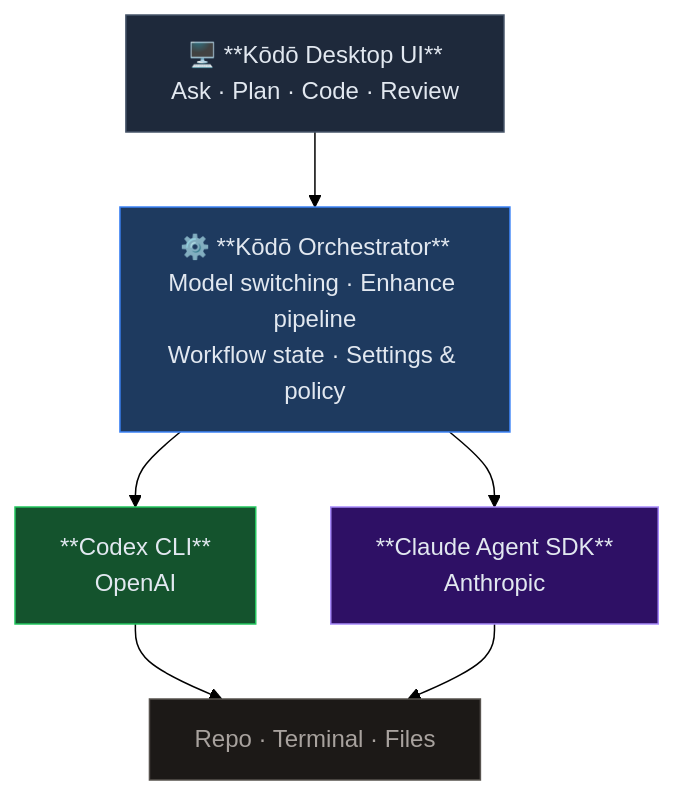
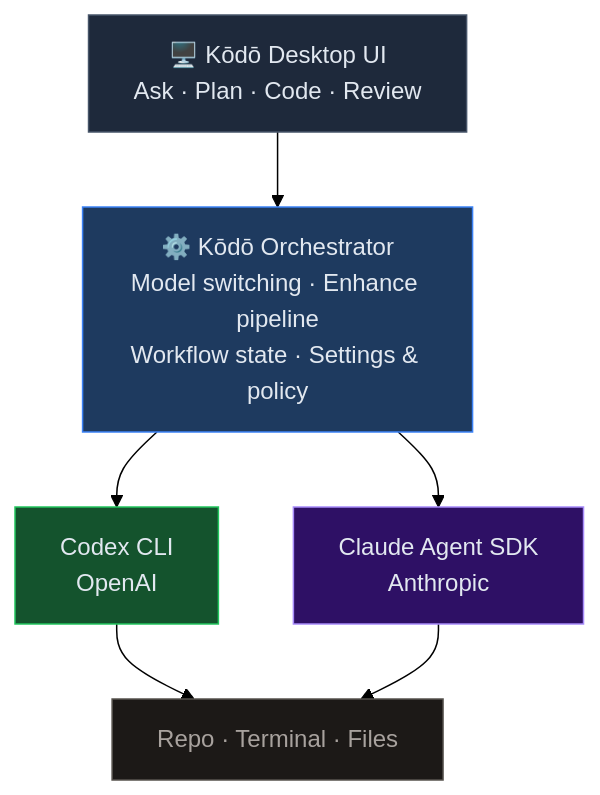
One commit to boggedbrush/KodoCode changed the second of 3 diagrams in README.md. Above: the diagram before and after it, drawn with Mermaid (forest theme).

Commit message:
fix(docs): improve formatting in README flowchart for clarity

````diff
--- a/README.md
+++ b/README.md
@@ -165,20 +165,20 @@
 ```mermaid
 flowchart TD
-    UI["🖥️ **Kōdō Desktop UI**\nAsk · Plan · Code · Review"]
-    ORC["⚙️ **Kōdō Orchestrator**\nModel switching · Enhance pipeline\nWorkflow state · Settings & policy"]
-    CODEX["**Codex CLI**\nOpenAI"]
-    CLAUDE["**Claude Agent SDK**\nAnthropic"]
+    UI["🖥️ Kōdō Desktop UI\nAsk · Plan · Code · Review"]
+    ORC["⚙️ Kōdō Orchestrator\nModel switching · Enhance pipeline\nWorkflow state · Settings & policy"]
+    CODEX["Codex CLI\nOpenAI"]
+    CLAUDE["Claude Agent SDK\nAnthropic"]
     REPO["Repo · Terminal · Files"]
 
     UI --> ORC
     ORC --> CODEX
     ORC --> CLAUDE
     CODEX --> REPO
     CLAUDE --> REPO
 
     style UI     fill:#1e293b,stroke:#475569,color:#e2e8f0
     style ORC    fill:#1e3a5f,stroke:#3b82f6,color:#e2e8f0
     style CODEX  fill:#14532d,stroke:#22c55e,color:#e2e8f0
     style CLAUDE fill:#2e1065,stroke:#a78bfa,color:#e2e8f0
     style REPO   fill:#1c1917,stroke:#57534e,color:#a8a29e
 ```
````
